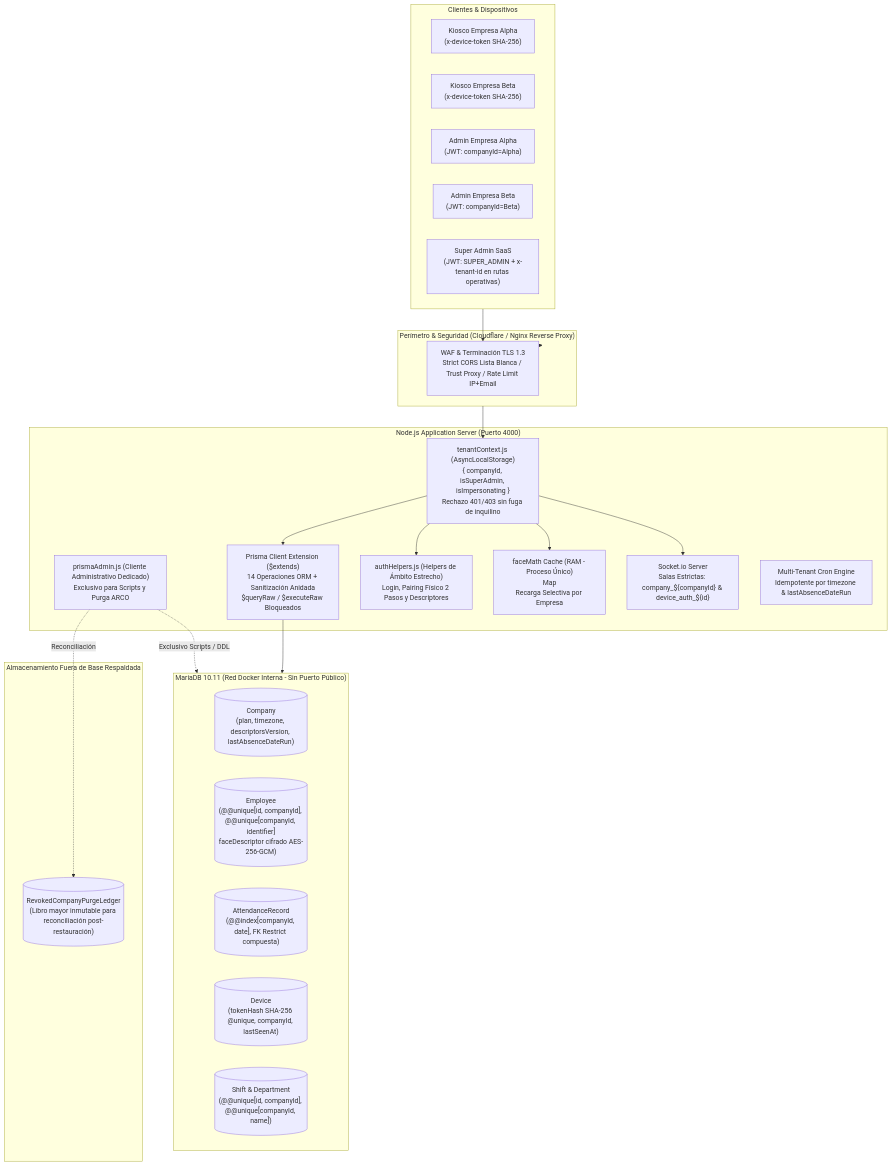
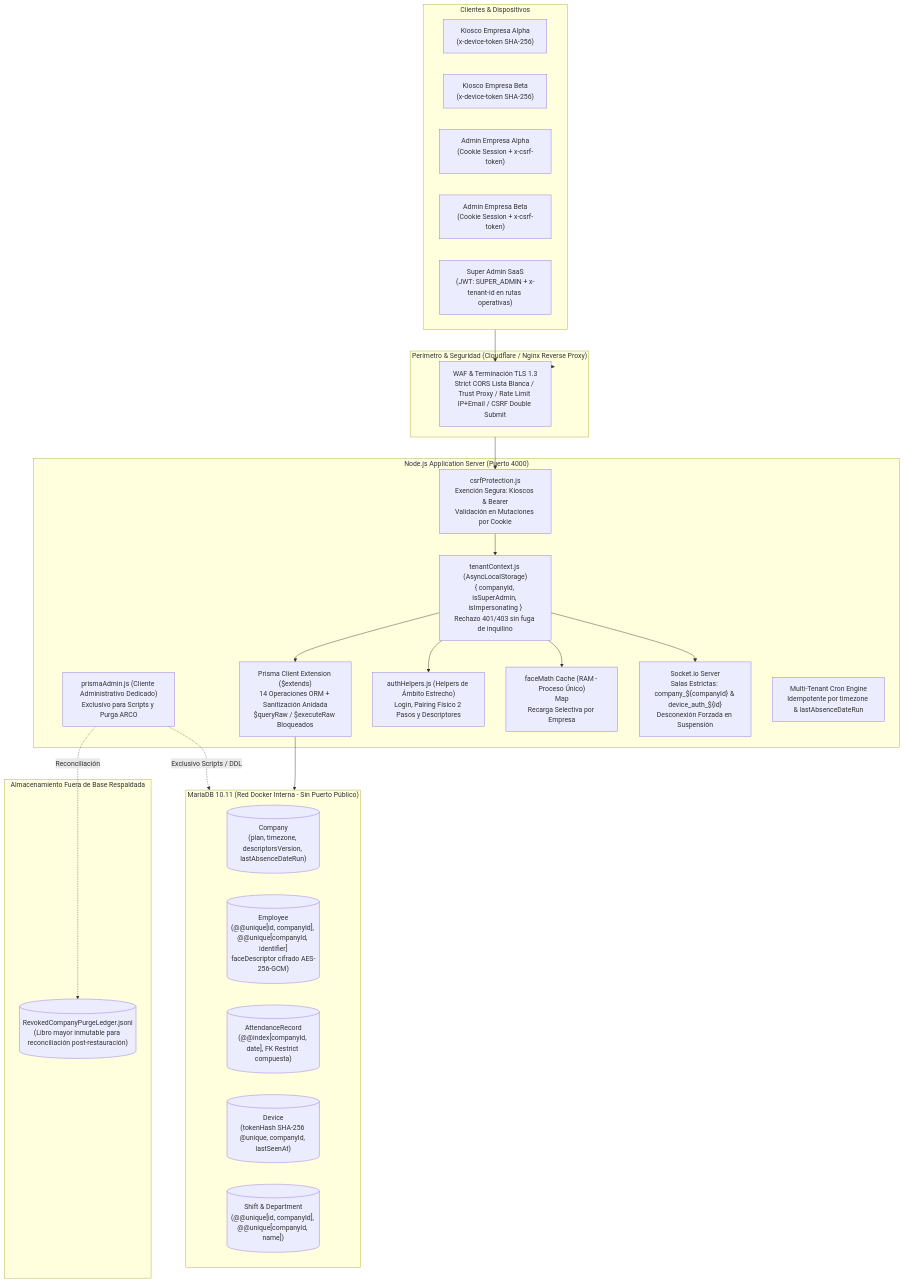
The first of 3 diagrams in docs/saas/saas_multitenant_implementation_plan.md (GabrielAvila5/ReconocimientoFPainProject), drawn with Mermaid before and after one commit. The commit also changed other lines of this file and 24 other files, not shown here.

Commit message:
feat(saas): complete Gate 4 security, csrf, cors, rate limiting, ops scripts, and plan v3.6

````diff
--- a/docs/saas/saas_multitenant_implementation_plan.md
+++ b/docs/saas/saas_multitenant_implementation_plan.md
@@ -13,44 +13,45 @@
 ```mermaid
 flowchart TB
     subgraph Edge["Perímetro & Seguridad (Cloudflare / Nginx Reverse Proxy)"]
-        WAF["WAF & Terminación TLS 1.3\nStrict CORS Lista Blanca / Trust Proxy / Rate Limit IP+Email"]
+        WAF["WAF & Terminación TLS 1.3\nStrict CORS Lista Blanca / Trust Proxy / Rate Limit IP+Email / CSRF Double Submit"]
     end
 
     subgraph Clientes["Clientes & Dispositivos"]
         K1["Kiosco Empresa Alpha\n(x-device-token SHA-256)"]
         K2["Kiosco Empresa Beta\n(x-device-token SHA-256)"]
-        A1["Admin Empresa Alpha\n(JWT: companyId=Alpha)"]
-        A2["Admin Empresa Beta\n(JWT: companyId=Beta)"]
+        A1["Admin Empresa Alpha\n(Cookie Session + x-csrf-token)"]
+        A2["Admin Empresa Beta\n(Cookie Session + x-csrf-token)"]
         SA["Super Admin SaaS\n(JWT: SUPER_ADMIN + x-tenant-id en rutas operativas)"]
     end
 
     subgraph AppServer["Node.js Application Server (Puerto 4000)"]
+        CSRF["csrfProtection.js\nExención Segura: Kioscos & Bearer\nValidación en Mutaciones por Cookie"]
         ALS["tenantContext.js (AsyncLocalStorage)\n{ companyId, isSuperAdmin, isImpersonating }\nRechazo 401/403 sin fuga de inquilino"]
         PrismaExt["Prisma Client Extension ($extends)\n14 Operaciones ORM + Sanitización Anidada\n$queryRaw / $executeRaw Bloqueados"]
         PrismaAdmin["prismaAdmin.js (Cliente Administrativo Dedicado)\nExclusivo para Scripts y Purga ARCO"]
         AuthHelpers["authHelpers.js (Helpers de Ámbito Estrecho)\nLogin, Pairing Físico 2 Pasos y Descriptores"]
         FaceRAM["faceMath Cache (RAM - Proceso Único)\nMap<companyId, Float32Array[]>\nRecarga Selectiva por Empresa"]
-        WSEngine["Socket.io Server\nSalas Estrictas: company_${companyId} & device_auth_${id}"]
+        WSEngine["Socket.io Server\nSalas Estrictas: company_${companyId} & device_auth_${id}\nDesconexión Forzada en Suspensión"]
         CronEngine["Multi-Tenant Cron Engine\nIdempotente por timezone & lastAbsenceDateRun"]
     end
 
     subgraph Storage["MariaDB 10.11 (Red Docker Interna - Sin Puerto Público)"]
         T_Company[("Company\n(plan, timezone, descriptorsVersion, lastAbsenceDateRun)")]
         T_Emp[("Employee\n(@@unique[id, companyId], @@unique[companyId, identifier]\nfaceDescriptor cifrado AES-256-GCM)")]
         T_Att[("AttendanceRecord\n(@@index[companyId, date], FK Restrict compuesta)")]
         T_Dev[("Device\n(tokenHash SHA-256 @unique, companyId, lastSeenAt)")]
         T_Shifts[("Shift & Department\n(@@unique[id, companyId], @@unique[companyId, name])")]
     end
 
     subgraph ExternalLedger["Almacenamiento Fuera de Base Respaldada"]
-        LedgerFile[("RevokedCompanyPurgeLedger\n(Libro mayor inmutable para reconciliación post-restauración)")]
+        LedgerFile[("RevokedCompanyPurgeLedger.jsonl\n(Libro mayor inmutable para reconciliación post-restauración)")]
     end
 
-    Clientes --> WAF --> Edge --> ALS
+    Clientes --> WAF --> Edge --> CSRF --> ALS
     ALS --> PrismaExt --> Storage
     ALS --> AuthHelpers
     PrismaAdmin -.->|Exclusivo Scripts / DDL| Storage
     PrismaAdmin -.->|Reconciliación| LedgerFile
     ALS --> FaceRAM
     ALS --> WSEngine
 ```
````
